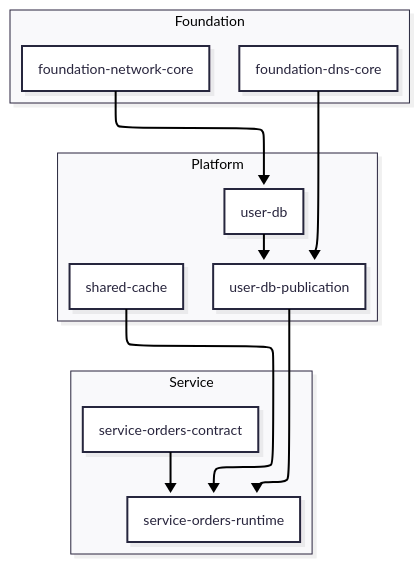
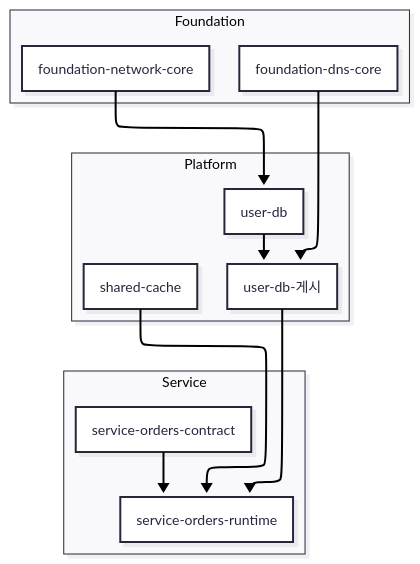
Before and after one commit to DeokJong/terraform-3-layer-architecture-specification: the second of 2 diagrams in terraform-3-layer-architecture-specification.md, drawn with Mermaid. The commit also changed other lines of this file and 36 other files, not shown here.

````diff
--- a/terraform-3-layer-architecture-specification.md
+++ b/terraform-3-layer-architecture-specification.md
@@ -156,31 +156,31 @@
 ```mermaid
 ---
 config:
   layout: elk
   theme: redux
   look: neo
 ---
 flowchart TB
     subgraph Foundation
         FN[foundation-network-core]
         FD[foundation-dns-core]
     end
 
     subgraph Platform
         PDR[user-db]
-        PDP[user-db-publication]
+        PDP[user-db-게시]
         PSC[shared-cache]
     end
 
     subgraph Service
         SR[service-orders-runtime]
         SC[service-orders-contract]
     end
 
     FN --> PDR
     FD --> PDP
     PDR --> PDP
     PDP --> SR
     SC --> SR
     PSC --> SR
 ```
````
